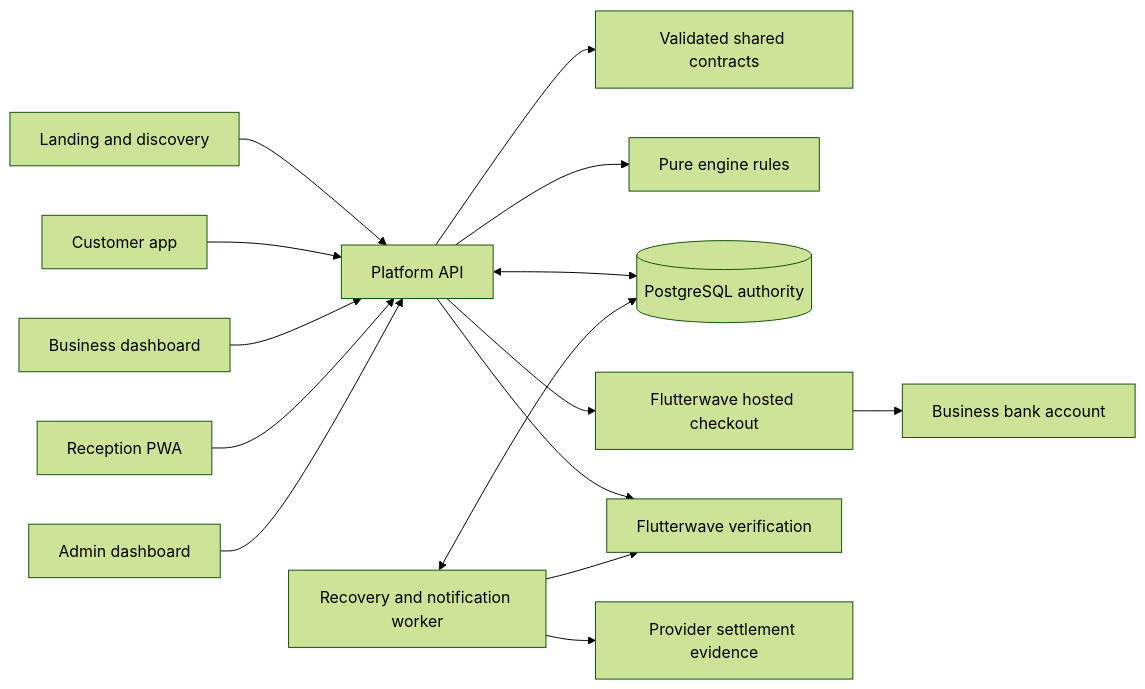
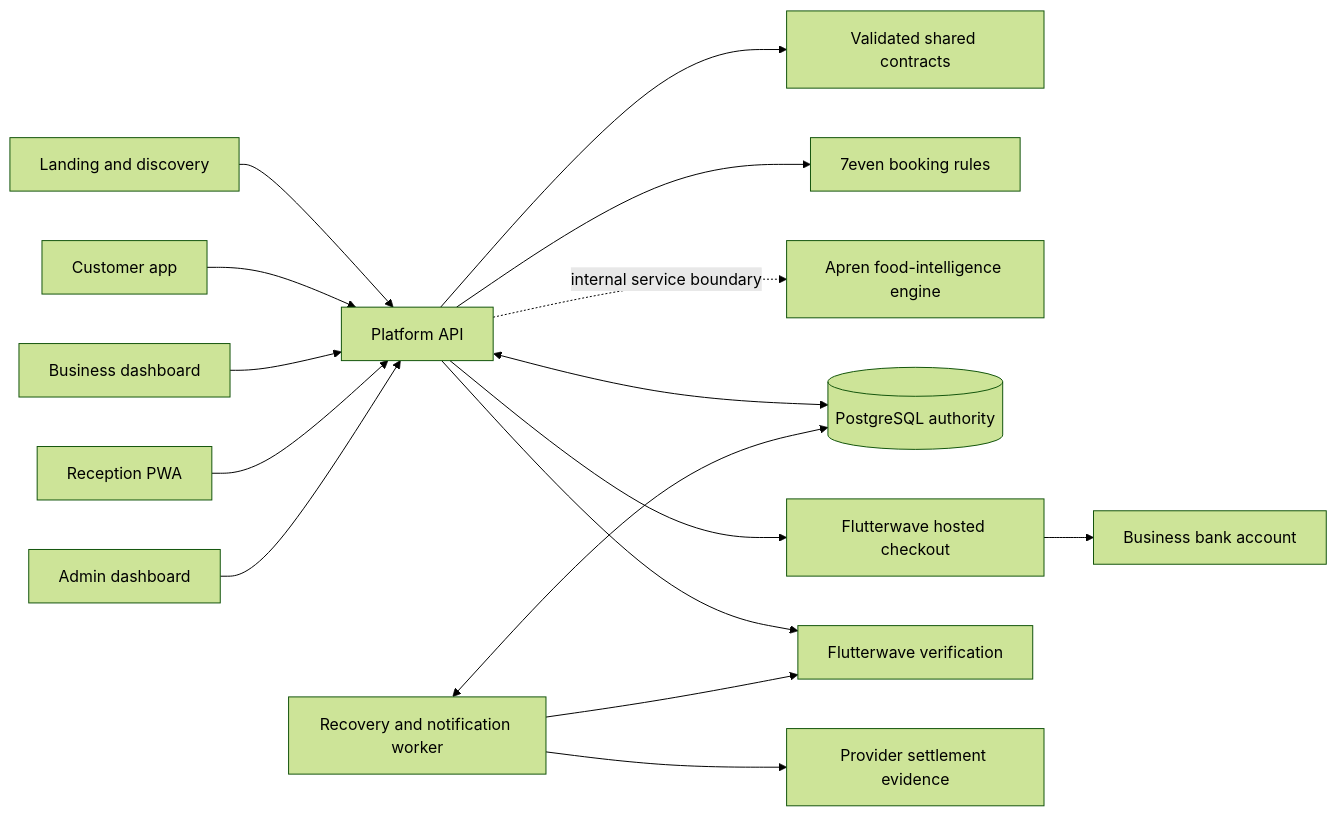
One commit to CyberGrills/apren changed the diagram in docs/7even/ARCHITECTURE.md. Above: the diagram before and after it, drawn with Mermaid (forest theme). The commit also changed other lines of this file and 301 other files, not shown here.

Commit message:
Promote Apren engine into unified 7even runtime

````diff
--- a/docs/7even/ARCHITECTURE.md
+++ b/docs/7even/ARCHITECTURE.md
@@ -9,17 +9,18 @@
 ```mermaid
 flowchart LR
   Public[Landing and discovery] --> API[Platform API]
   Customer[Customer app] --> API
   Business[Business dashboard] --> API
   Reception[Reception PWA] --> API
   Admin[Admin dashboard] --> API
   API --> Contracts[Validated shared contracts]
-  API --> Engine[Pure engine rules]
+  API --> Engine[7even booking rules]
+  API -. internal service boundary .-> Apren[Apren food-intelligence engine]
   API <--> DB[(PostgreSQL authority)]
   Worker[Recovery and notification worker] <--> DB
   API --> Checkout[Flutterwave hosted checkout]
   API --> Verify[Flutterwave verification]
   Worker --> Verify
   Worker --> Settlement[Provider settlement evidence]
   Checkout --> Bank[Business bank account]
 ```
````
